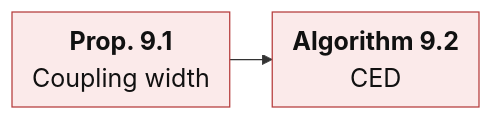
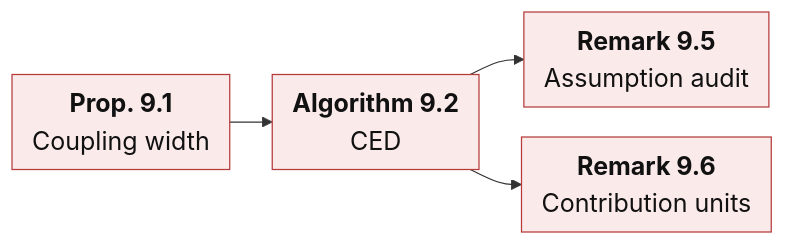
One commit to XueqiC/ICML27_agent_distillation changed the ninth of 9 diagrams in theoretical_framework/README.md. Above: the diagram before and after it, drawn with Mermaid. The commit also changed other lines of this file and 222 other files, not shown here.

````diff
--- a/theoretical_framework/README.md
+++ b/theoretical_framework/README.md
@@ -654,8 +785,12 @@
 ```mermaid
 %%{init: {"themeVariables": {"fontSize": "20px"}, "flowchart": {"nodeSpacing": 24, "rankSpacing": 34, "padding": 8, "wrappingWidth": 260}}}%%
 flowchart LR
   P1["<b>Prop. 9.1</b><br/>Coupling width"]:::b6
   A2["<b>Algorithm 9.2</b><br/>CED"]:::b6
+  R5["<b>Remark 9.5</b><br/>Assumption audit"]:::b6
+  R6["<b>Remark 9.6</b><br/>Contribution units"]:::b6
   P1 --> A2
+  A2 --> R5
+  A2 --> R6
   classDef b6 fill:#fbeaea,stroke:#b53b3b,color:#111
 ```
````
